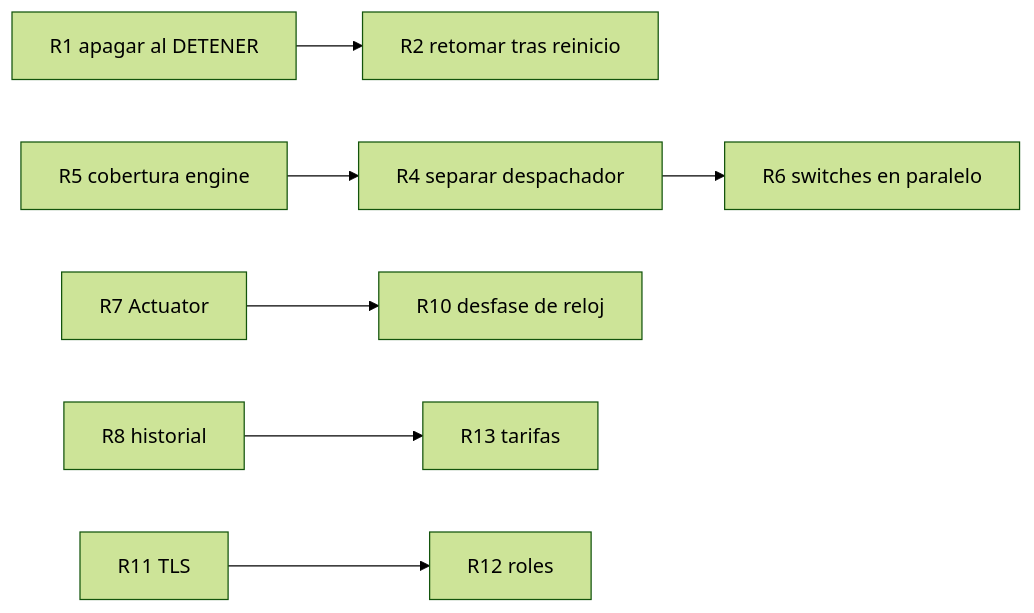
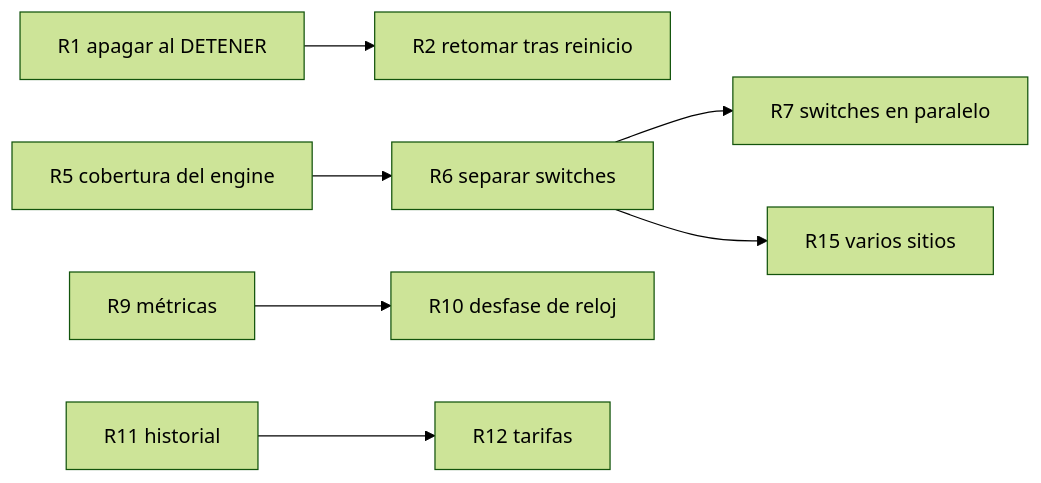
Before and after one commit to BrayanBCode/iiss-2026-grupo-4: the diagram in docs/arquitectura/roadmap.md, drawn with Mermaid (forest theme). The commit also changed other lines of this file and 3 other files, not shown here.

Commit message:
docs: roadmap como hoja de ruta para el equipo que continúe (T27)

````diff
--- a/docs/arquitectura/roadmap.md
+++ b/docs/arquitectura/roadmap.md
@@ -84,9 +95,9 @@
 ```mermaid
 flowchart LR
     R1[R1 apagar al DETENER] --> R2[R2 retomar tras reinicio]
-    R4[R4 separar despachador] --> R6[R6 switches en paralelo]
-    R5[R5 cobertura engine] --> R4
-    R7[R7 Actuator] --> R10[R10 desfase de reloj]
-    R8[R8 historial] --> R13[R13 tarifas]
-    R11[R11 TLS] --> R12[R12 roles]
+    R5[R5 cobertura del engine] --> R6[R6 separar switches]
+    R6 --> R7[R7 switches en paralelo]
+    R6 --> R15[R15 varios sitios]
+    R9[R9 métricas] --> R10[R10 desfase de reloj]
+    R11[R11 historial] --> R12[R12 tarifas]
 ```
````
